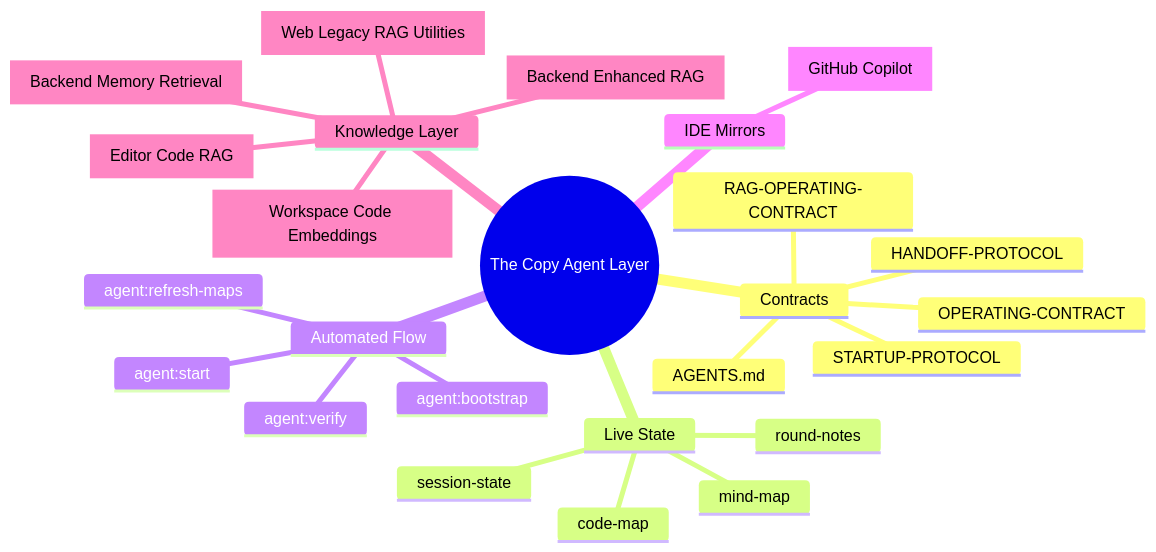
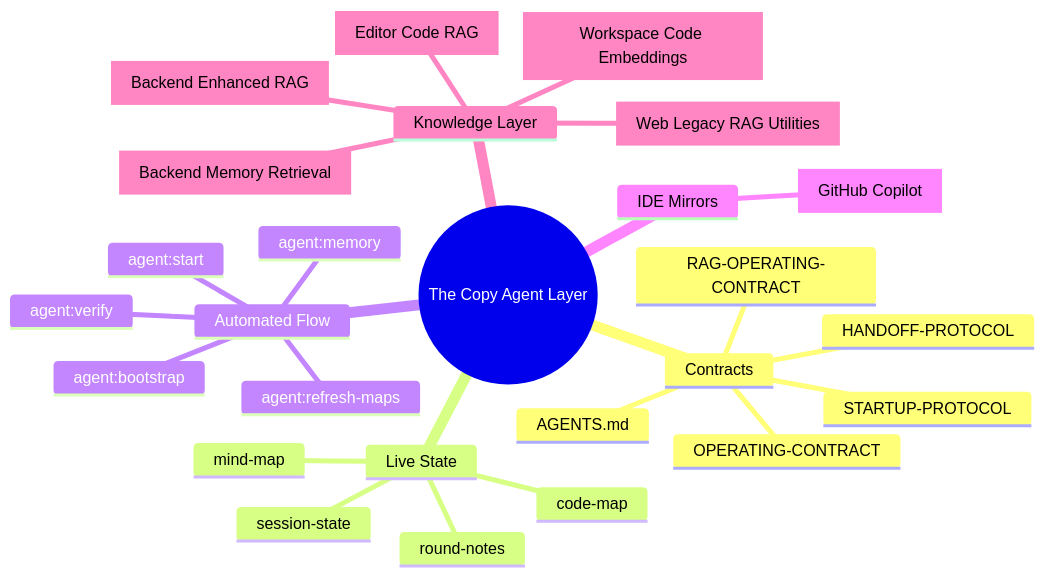
Before and after one commit to CLOCKWORK-TEMPTATION/thecopy-yarab-we-elnby: the diagram in output/mind-map/mindmap.mmd, drawn with Mermaid. The commit also changed 24 other files, not shown here.

```diff
--- a/output/mind-map/mindmap.mmd
+++ b/output/mind-map/mindmap.mmd
@@ -1,26 +1,27 @@
 mindmap
   root((The Copy Agent Layer))
     Contracts
       AGENTS.md
       OPERATING-CONTRACT
       RAG-OPERATING-CONTRACT
       STARTUP-PROTOCOL
       HANDOFF-PROTOCOL
     Live State
       session-state
       round-notes
       code-map
       mind-map
     Automated Flow
       agent:start
       agent:bootstrap
       agent:verify
       agent:refresh-maps
+      agent:memory
     IDE Mirrors
       copilot[GitHub Copilot]
     Knowledge Layer
       workspace-embeddings[Workspace Code Embeddings]
       backend-memory[Backend Memory Retrieval]
       backend-enhanced-rag[Backend Enhanced RAG]
       editor-code-rag[Editor Code RAG]
       web-legacy-rag[Web Legacy RAG Utilities]
```
